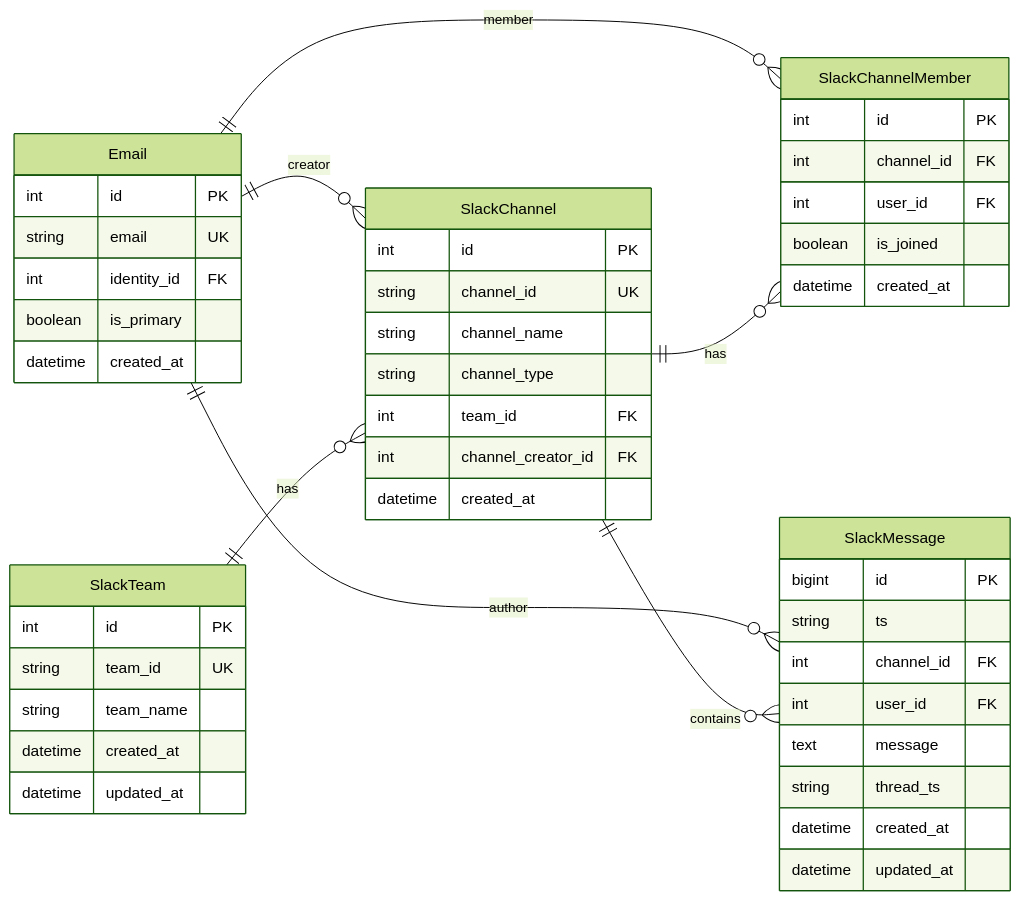
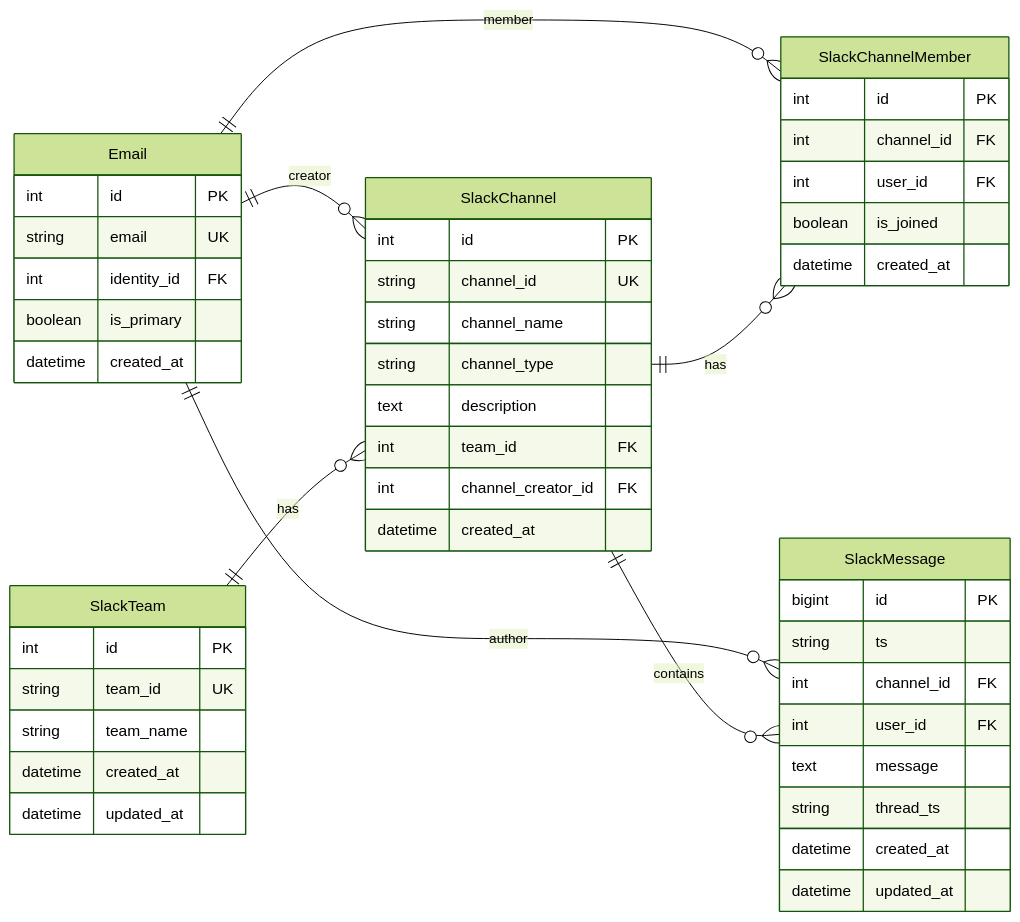
The sixth of 9 diagrams in UnifiedDashboard/GoogleCloudSQLSchema/google_cloud_sql_schema.md (CppDigest/cppa-unified-dashboard), drawn with Mermaid (forest theme) before and after one commit. The commit also changed other lines of this file, not shown here.

````diff
--- a/UnifiedDashboard/GoogleCloudSQLSchema/google_cloud_sql_schema.md
+++ b/UnifiedDashboard/GoogleCloudSQLSchema/google_cloud_sql_schema.md
@@ -230,56 +402,57 @@
 ```mermaid
 erDiagram
     direction LR
     Email ||--o{ SlackChannel : "creator"
     Email ||--o{ SlackChannelMember : "member"
     Email ||--o{ SlackMessage : "author"
 
     SlackTeam ||--o{ SlackChannel : "has"
     SlackChannel ||--o{ SlackChannelMember : "has"
     SlackChannel ||--o{ SlackMessage : "contains"
 
     Email {
         int id PK
         string email UK
         int identity_id FK
         boolean is_primary
         datetime created_at
     }
 
     SlackTeam {
         int id PK
         string team_id UK
         string team_name
         datetime created_at
         datetime updated_at
     }
 
     SlackChannel {
         int id PK
         string channel_id UK
         string channel_name
         string channel_type
+        text description
         int team_id FK
         int channel_creator_id FK
         datetime created_at
     }
 
     SlackChannelMember {
         int id PK
         int channel_id FK
         int user_id FK
         boolean is_joined
         datetime created_at
     }
 
     SlackMessage {
         bigint id PK
         string ts
         int channel_id FK
         int user_id FK
         text message
         string thread_ts
         datetime created_at
         datetime updated_at
     }
 ```
````
